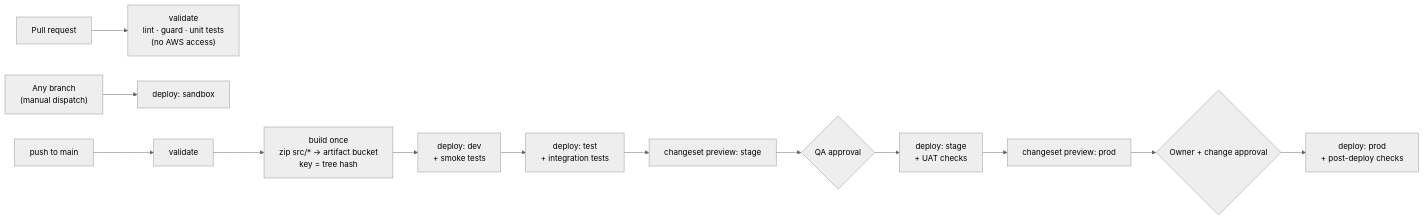
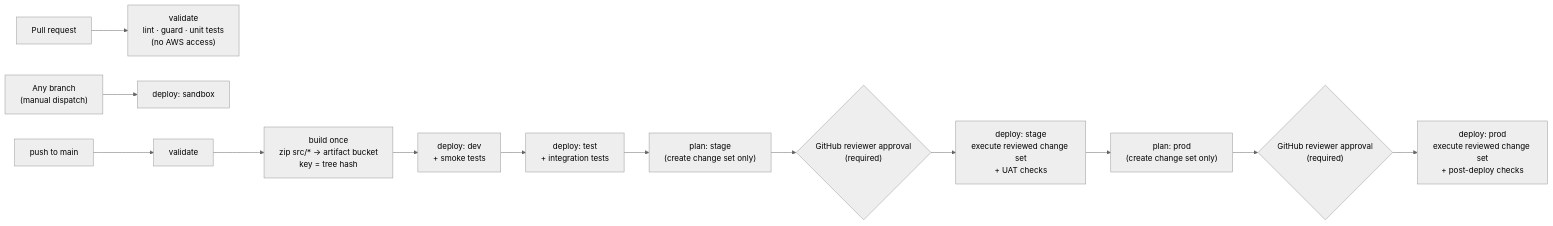
The ninth of 14 diagrams in docs/ARCHITECTURE.md (kulveersingh/CloudInfraAutomation), drawn with Mermaid (neutral theme) before and after one commit. The commit also changed other lines of this file, not shown here.

First line of the commit message:
Add STAGE/PROD approval gates, quality gates and release console design

````diff
--- a/docs/ARCHITECTURE.md
+++ b/docs/ARCHITECTURE.md
@@ -761,10 +769,10 @@
 ```mermaid
 flowchart LR
   PR["Pull request"] --> V["validate<br/>lint · guard · unit tests<br/>(no AWS access)"]
   FB["Any branch<br/>(manual dispatch)"] --> SBX["deploy: sandbox"]
   M["push to main"] --> V2["validate"] --> BLD["build once<br/>zip src/* → artifact bucket<br/>key = tree hash"]
   BLD --> DEV["deploy: dev<br/>+ smoke tests"]
   DEV --> TEST["deploy: test<br/>+ integration tests"]
-  TEST --> CSS["changeset preview: stage"] --> AS{"QA approval"} --> STG["deploy: stage<br/>+ UAT checks"]
-  STG --> CSP["changeset preview: prod"] --> AP{"Owner + change approval"} --> PRD["deploy: prod<br/>+ post-deploy checks"]
+  TEST --> CSS["plan: stage<br/>(create change set only)"] --> AS{"GitHub reviewer approval<br/>(required)"} --> STG["deploy: stage<br/>execute reviewed change set<br/>+ UAT checks"]
+  STG --> CSP["plan: prod<br/>(create change set only)"] --> AP{"GitHub reviewer approval<br/>(required)"} --> PRD["deploy: prod<br/>execute reviewed change set<br/>+ post-deploy checks"]
 ```
````
